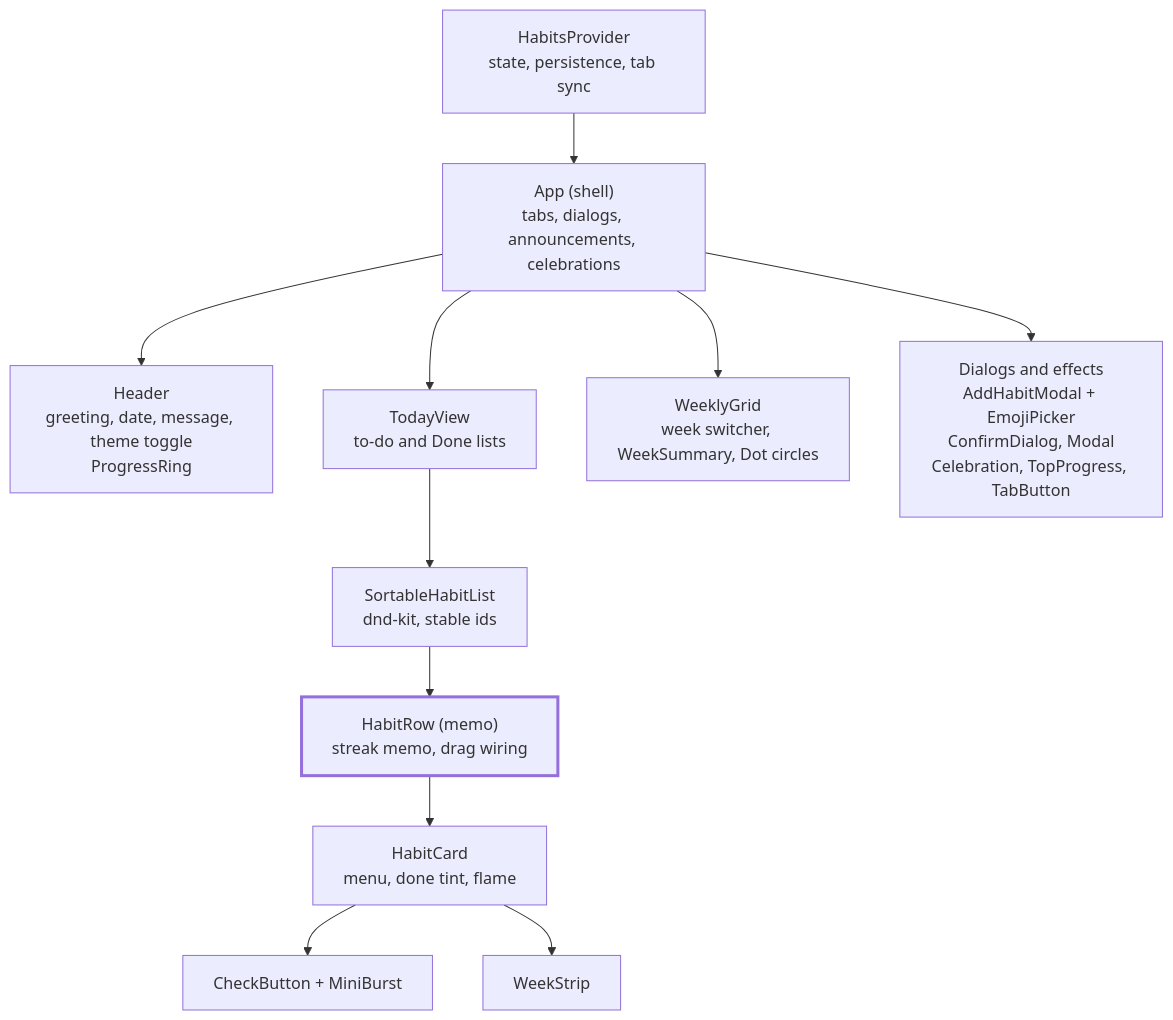
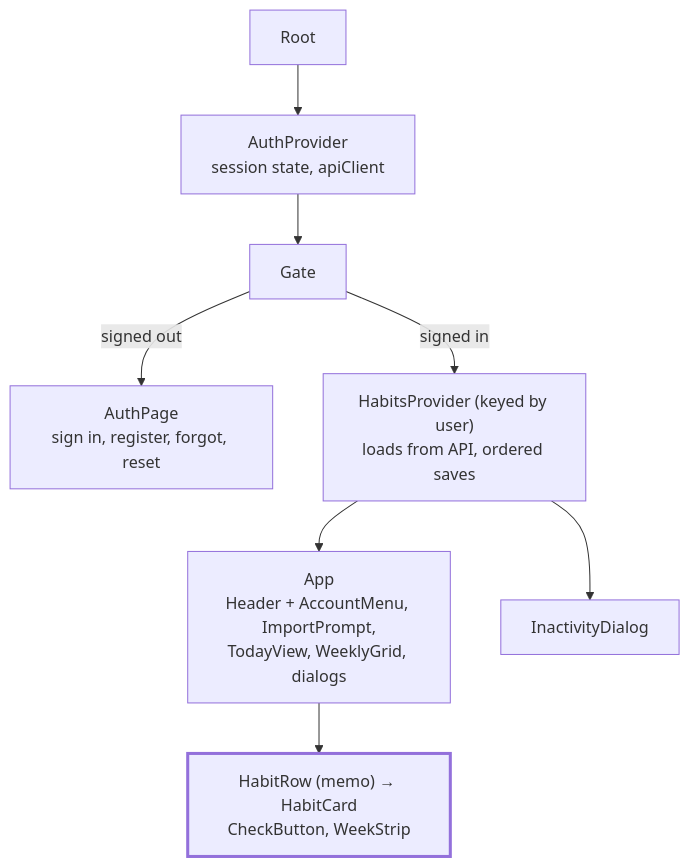
The second of 2 diagrams in docs/DESIGN.md (masandrakhi/my-first-aiapp), drawn with Mermaid before and after one commit. The commit also changed other lines of this file and 75 other files, not shown here.

````diff
--- a/docs/DESIGN.md
+++ b/docs/DESIGN.md
@@ -220,14 +149,11 @@
 ```mermaid
 flowchart TB
-  provider["HabitsProvider<br/>state, persistence, tab sync"] --> app["App (shell)<br/>tabs, dialogs, announcements, celebrations"]
-  app --> header["Header<br/>greeting, date, message, theme toggle<br/>ProgressRing"]
-  app --> today["TodayView<br/>to-do and Done lists"]
-  app --> week["WeeklyGrid<br/>week switcher, WeekSummary, Dot circles"]
-  app --> overlays["Dialogs and effects<br/>AddHabitModal + EmojiPicker<br/>ConfirmDialog, Modal<br/>Celebration, TopProgress, TabButton"]
-  today --> list["SortableHabitList<br/>dnd-kit, stable ids"]
-  list --> row["HabitRow (memo)<br/>streak memo, drag wiring"]
-  row --> card["HabitCard<br/>menu, done tint, flame"]
-  card --> check["CheckButton + MiniBurst"]
-  card --> strip["WeekStrip"]
+  root["Root"] --> authp["AuthProvider<br/>session state, apiClient"]
+  authp --> gate["Gate"]
+  gate -- signed out --> page["AuthPage<br/>sign in, register, forgot, reset"]
+  gate -- signed in --> hp["HabitsProvider (keyed by user)<br/>loads from API, ordered saves"]
+  hp --> app["App<br/>Header + AccountMenu, ImportPrompt,<br/>TodayView, WeeklyGrid, dialogs"]
+  hp --> idle["InactivityDialog"]
+  app --> row["HabitRow (memo) → HabitCard<br/>CheckButton, WeekStrip"]
   style row stroke-width:3px
 ```
````
